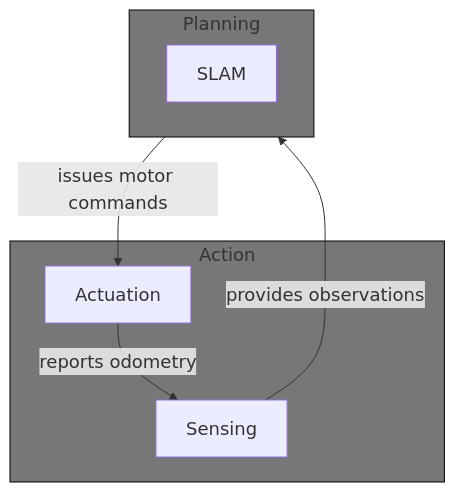
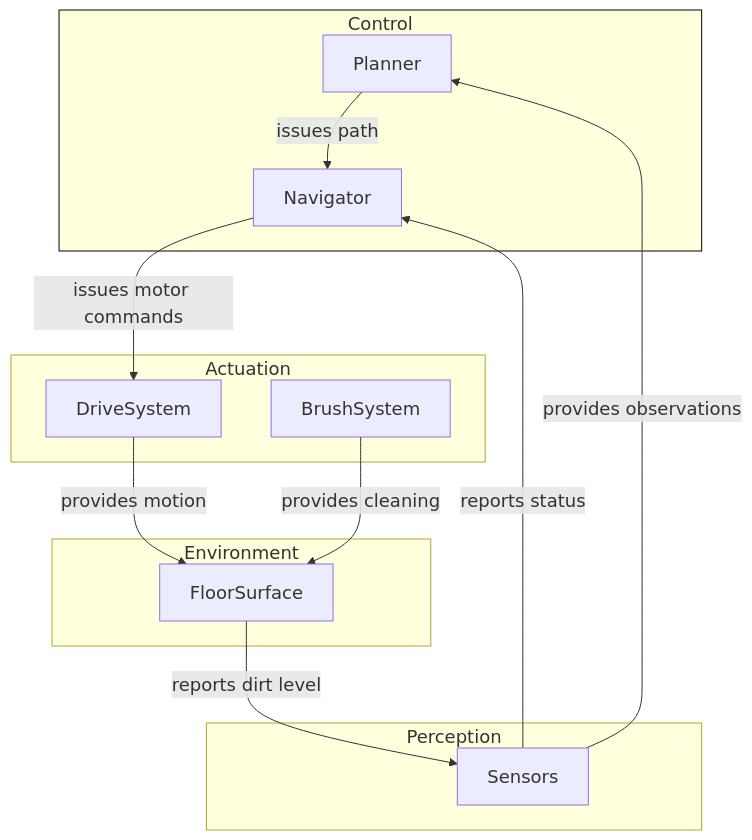
The diagram in ffad-spec/ffad-spec.md (go-donew/ffad), drawn with Mermaid before and after one commit.

Commit message:
Update ffad-spec.md
updated robot vacuum cleaner diagram to be more accurate

````diff
--- a/ffad-spec/ffad-spec.md
+++ b/ffad-spec/ffad-spec.md
@@ -58,21 +58,33 @@
 ``` mermaid 
 %%{init: {"themeVariables": { "fontSize": "18px", "fontFamily": "Arial"}}}%%
 
 graph TD
 
-subgraph Planning
-  SLAM
+subgraph Control
+Planner
+Navigator
 end
 
-subgraph Action
-  Actuation
-  Sensing
+subgraph Actuation
+DriveSystem
+BrushSystem
 end
 
-Planning -- issues motor commands --> Actuation
-Actuation -- reports odometry --> Sensing
-Sensing -- provides observations --> Planning
+subgraph Perception
+Sensors
+end
 
-style Planning fill:#777777,stroke:black
-style Action fill:#777777,stroke:black
+subgraph Environment
+FloorSurface
+end
+
+Planner -- issues path --> Navigator
+Navigator -- issues motor commands --> DriveSystem
+DriveSystem -- provides motion --> FloorSurface
+BrushSystem -- provides cleaning --> FloorSurface
+Sensors -- provides observations --> Planner
+Sensors -- reports status --> Navigator
+FloorSurface -- reports dirt level --> Sensors
+
+style Control Actuation Perception Environment fill:#777777,stroke:black
 ```
````
